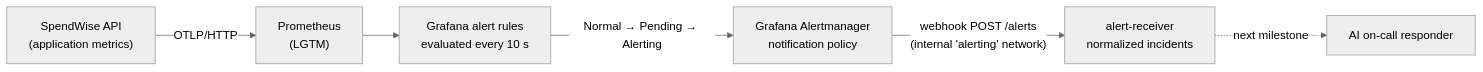
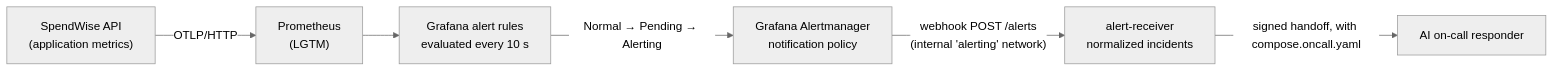
Before and after one commit to allfocusSS/SpendWise: the third of 4 diagrams in docs/observability.md, drawn with Mermaid (neutral theme). The commit also changed other lines of this file and 41 other files, not shown here.

Commit message:
feat(observability): add hardened AI on-call responder

````diff
--- a/docs/observability.md
+++ b/docs/observability.md
@@ -545,8 +586,8 @@
 ```mermaid
 flowchart LR
     app["SpendWise API<br/>(application metrics)"] -- "OTLP/HTTP" --> prom["Prometheus<br/>(LGTM)"]
     prom --> rules["Grafana alert rules<br/>evaluated every 10 s"]
     rules -- "Normal → Pending → Alerting" --> am["Grafana Alertmanager<br/>notification policy"]
     am -- "webhook POST /alerts<br/>(internal 'alerting' network)" --> recv["alert-receiver<br/>normalized incidents"]
-    recv -. "next milestone" .-> ai["AI on-call responder"]
+    recv -- "signed handoff, with compose.oncall.yaml" --> ai["AI on-call responder"]
 ```
````
